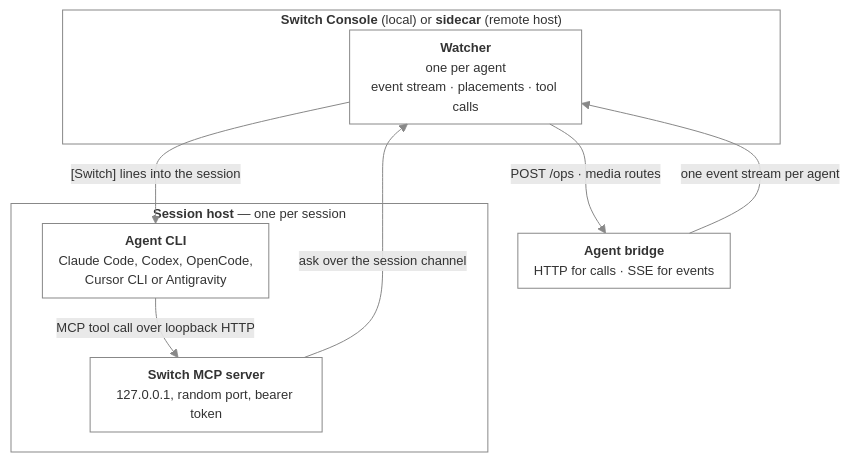
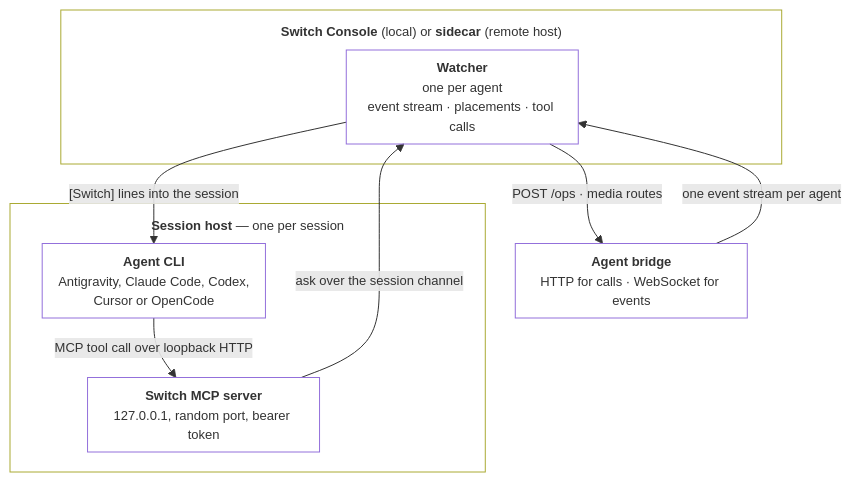
One commit to sandbox-quantum/switch changed the first of 2 diagrams in docs/official/internals/connectors-and-runtime.md. Above: the diagram before and after it, drawn with Mermaid. The commit also changed other lines of this file and 73 other files, not shown here.

````diff
--- a/docs/official/internals/connectors-and-runtime.md
+++ b/docs/official/internals/connectors-and-runtime.md
@@ -39,26 +39,25 @@
 ```mermaid
-%%{init: {'themeVariables': {'fontSize': '13px'}, 'flowchart': {'padding': 8, 'nodeSpacing': 40, 'rankSpacing': 40}}}%%
+%%{init: {'themeVariables': {'fontSize': '13px'}, 'flowchart': {'padding': 8, 'nodeSpacing': 40, 'rankSpacing': 40, 'subGraphTitleMargin': {'top': 12, 'bottom': 8}}}}%%
 flowchart TB
   subgraph parent["<b>Switch Console</b> (local) or <b>sidecar</b> (remote host)"]
     watcher["<b>Watcher</b><br/>one per agent<br/>event stream · placements · tool calls"]
   end
 
   subgraph hostproc["<b>Session host</b> — one per session"]
     mcp["<b>Switch MCP server</b><br/>127.0.0.1, random port, bearer token"]
-    agent["<b>Agent CLI</b><br/>Claude Code, Codex, OpenCode,<br/>Cursor CLI or Antigravity"]
+    agent["<b>Agent CLI</b><br/>Antigravity, Claude Code, Codex,<br/>Cursor or OpenCode"]
   end
 
-  bridge["<b>Agent bridge</b><br/>HTTP for calls · SSE for events"]
+  bridge["<b>Agent bridge</b><br/>HTTP for calls · WebSocket for events"]
 
   agent -->|"MCP tool call over loopback HTTP"| mcp
   mcp -->|"ask over the session channel"| watcher
   watcher -->|"[Switch] lines into the session"| agent
   watcher -->|"POST /ops · media routes"| bridge
   bridge -->|"one event stream per agent"| watcher
 
-  classDef plain fill:none,stroke:#888888,stroke-width:1px
+  classDef plain fill:none,stroke-width:1px
   class watcher,mcp,agent,bridge plain
-  style parent fill:none,stroke:#888888,stroke-width:1px
-  style hostproc fill:none,stroke:#888888,stroke-width:1px
-  linkStyle default stroke:#888888
+  style parent fill:none,stroke-width:1px
+  style hostproc fill:none,stroke-width:1px
 ```
````
